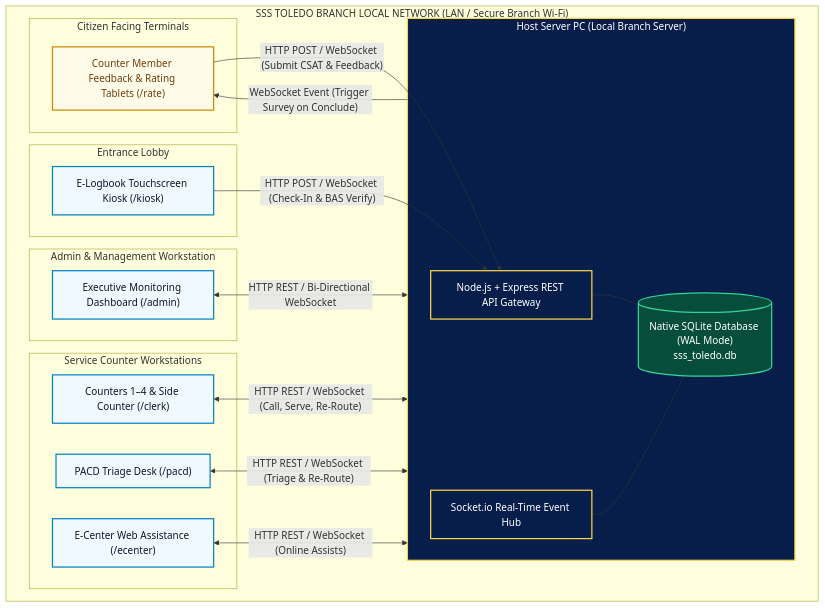
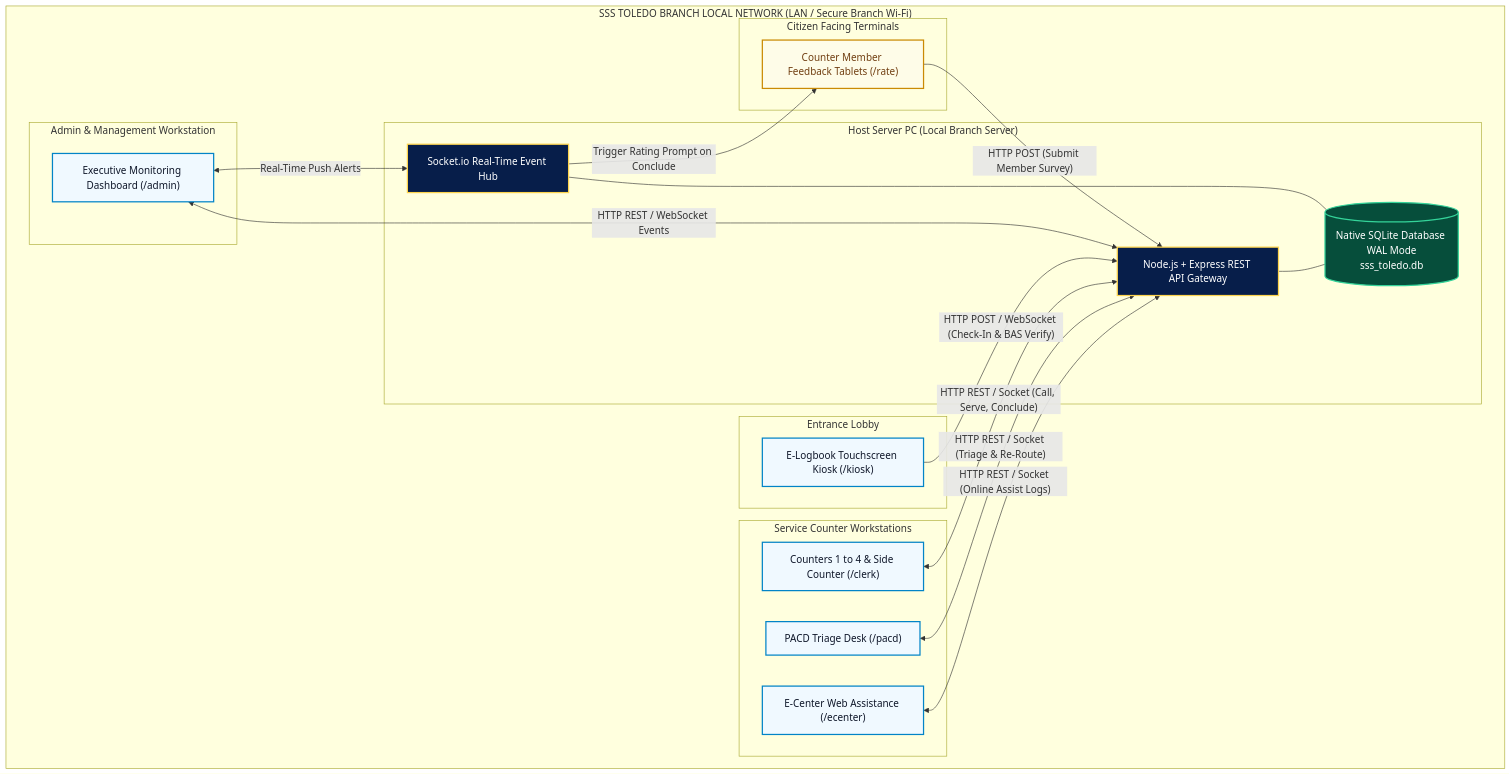
One commit to louisemargaretteursal/MONITORING changed the diagram in SSS_Toledo_Project_Analysis_Paper.md. Above: the diagram before and after it, drawn with Mermaid. The commit also changed other lines of this file, not shown here.

Commit message:
Fix Mermaid diagram syntax for universal rendering compatibility

````diff
--- a/SSS_Toledo_Project_Analysis_Paper.md
+++ b/SSS_Toledo_Project_Analysis_Paper.md
@@ -76,52 +76,53 @@
 ```mermaid
 flowchart TD
     %% Local Area Network Perimeter
     subgraph LAN ["SSS TOLEDO BRANCH LOCAL NETWORK (LAN / Secure Branch Wi-Fi)"]
         
         subgraph ServerNode ["Host Server PC (Local Branch Server)"]
             API["Node.js + Express REST API Gateway"]
             WS["Socket.io Real-Time Event Hub"]
-            DB[("Native SQLite Database (WAL Mode)<br/>sss_toledo.db")]
+            DB[("Native SQLite Database WAL Mode<br/>sss_toledo.db")]
             API --- DB
             WS --- DB
         end
 
         subgraph AdminNode ["Admin & Management Workstation"]
             AdminUI["Executive Monitoring Dashboard (/admin)"]
         end
 
         subgraph KioskNode ["Entrance Lobby"]
             KioskUI["E-Logbook Touchscreen Kiosk (/kiosk)"]
         end
 
         subgraph CounterNodes ["Service Counter Workstations"]
-            ClerkUI["Counters 1–4 & Side Counter (/clerk)"]
+            ClerkUI["Counters 1 to 4 & Side Counter (/clerk)"]
             PACDUI["PACD Triage Desk (/pacd)"]
             ECenterUI["E-Center Web Assistance (/ecenter)"]
         end
 
         subgraph TabletNodes ["Citizen Facing Terminals"]
-            RateUI["Counter Member Feedback & Rating Tablets (/rate)"]
+            RateUI["Counter Member Feedback Tablets (/rate)"]
         end
 
-        %% Communications
+        %% Real-Time Communications to Server Components
         KioskUI -->|"HTTP POST / WebSocket (Check-In & BAS Verify)"| API
-        AdminUI <-->|"HTTP REST / Bi-Directional WebSocket"| ServerNode
-        ClerkUI <-->|"HTTP REST / WebSocket (Call, Serve, Re-Route)"| ServerNode
-        PACDUI <-->|"HTTP REST / WebSocket (Triage & Re-Route)"| ServerNode
-        ECenterUI <-->|"HTTP REST / WebSocket (Online Assists)"| ServerNode
-        ServerNode -->|"WebSocket Event (Trigger Survey on Conclude)"| RateUI
-        RateUI -->|"HTTP POST / WebSocket (Submit CSAT & Feedback)"| API
+        AdminUI <-->|"HTTP REST / WebSocket Events"| API
+        AdminUI <-->|"Real-Time Push Alerts"| WS
+        ClerkUI <-->|"HTTP REST / Socket (Call, Serve, Conclude)"| API
+        PACDUI <-->|"HTTP REST / Socket (Triage & Re-Route)"| API
+        ECenterUI <-->|"HTTP REST / Socket (Online Assist Logs)"| API
+        WS -->|"Trigger Rating Prompt on Conclude"| RateUI
+        RateUI -->|"HTTP POST (Submit Member Survey)"| API
     end
 
-    %% Styling
+    %% Node Styling
     classDef server fill:#071e4a,stroke:#fcd34d,stroke-width:2px,color:#ffffff;
     classDef client fill:#f0f9ff,stroke:#0284c7,stroke-width:2px,color:#0f172a;
     classDef tablet fill:#fefce8,stroke:#ca8a04,stroke-width:2px,color:#713f12;
     classDef db fill:#064e3b,stroke:#34d399,stroke-width:2px,color:#ffffff;
 
-    class ServerNode,API,WS server;
+    class API,WS server;
     class DB db;
     class AdminUI,KioskUI,ClerkUI,PACDUI,ECenterUI client;
     class RateUI tablet;
 ```
````
